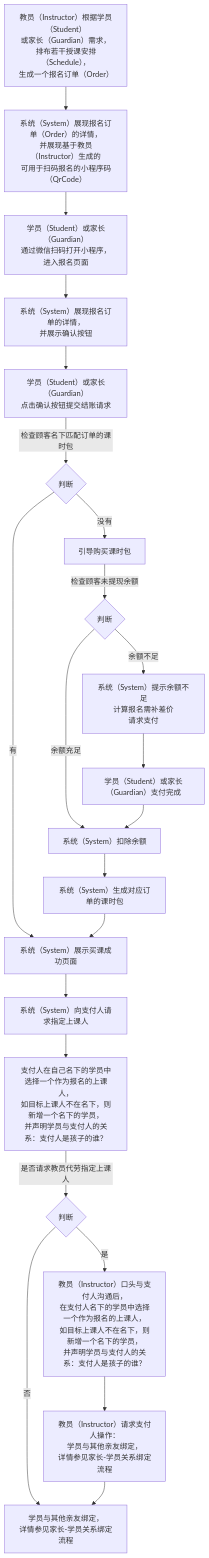
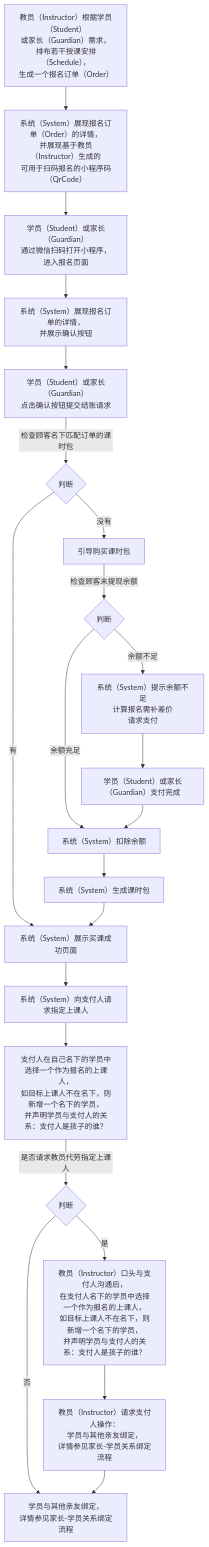
One commit to world-wide-web/sign changed the diagram in 用例/报名.md. Above: the diagram before and after it, drawn with Mermaid. The commit also changed other lines of this file, not shown here.

````diff
--- a/用例/报名.md
+++ b/用例/报名.md
@@ -7,61 +7,61 @@
 ```mermaid
 graph TD
 
 生成报名订单-->生成报名码
 生成报名码-->扫码报名
 扫码报名-->展现报名订单
 展现报名订单-->确认并提交结账请求
 确认并提交结账请求--检查顾客名下匹配订单的课时包-->检查顾客名下匹配订单的课时包
 检查顾客名下匹配订单的课时包--有-->提示买课成功
 检查顾客名下匹配订单的课时包--没有-->引导购买课时包
 引导购买课时包--检查顾客未提现余额-->检查顾客未提现余额
 检查顾客未提现余额--余额充足-->扣除余额
 检查顾客未提现余额--余额不足-->请求支付
 请求支付-->支付完成
 支付完成-->扣除余额
 扣除余额-->生成课时包
 生成课时包-->提示买课成功
 提示买课成功-->请求身份声明
 请求身份声明-->指定上课人
 指定上课人--是否请求教员代劳指定上课人-->是否请求教员代劳指定上课人
 是否请求教员代劳指定上课人--是-->教员代理身份声明
 是否请求教员代劳指定上课人--否-->学员与其他家长绑定
 教员代理身份声明-->请求绑定学员与其他家长
 请求绑定学员与其他家长-->学员与其他家长绑定
 
 生成报名订单["<center>教员（Instructor）根据学员（Student）<br>或家长（Guardian）需求，<br>排布若干授课安排（Schedule），<br>生成一个报名订单（Order）</center>"]
 
 生成报名码["<center>系统（System）展现报名订单（Order）的详情，<br>并展现基于教员（Instructor）生成的<br>可用于扫码报名的小程序码（QrCode）</center>"]
 
 扫码报名["<center>学员（Student）或家长（Guardian）<br>通过微信扫码打开小程序，进入报名页面</center>"]
 
 展现报名订单["<center>系统（System）展现报名订单的详情，<br>并展示确认按钮</center>"]
 
 确认并提交结账请求["<center>学员（Student）或家长（Guardian）<br>点击确认按钮提交结账请求</center>"]
 
 检查顾客名下匹配订单的课时包{判断}
 
 检查顾客未提现余额{判断}
 
 请求支付["<center>系统（System）提示余额不足<br>计算报名需补差价<br>请求支付</center>"]
 
 支付完成["<center>学员（Student）或家长（Guardian）支付完成</center>"]
 
 扣除余额["<center>系统（System）扣除余额</center>"]
 
-生成课时包["<center>系统（System）生成对应订单的课时包</center>"]
+生成课时包["<center>系统（System）生成课时包</center>"]
 
 提示买课成功["<center>系统（System）展示买课成功页面</center>"]
 
 请求身份声明["<center>系统（System）向支付人请求指定上课人</center>"]
 
 指定上课人["<center>支付人在自己名下的学员中选择一个作为报名的上课人，<br>如目标上课人不在名下，则新增一个名下的学员，<br>并声明学员与支付人的关系：支付人是孩子的谁？</center>"]
 
 是否请求教员代劳指定上课人{判断}
 
 教员代理身份声明["<center>教员（Instructor）口头与支付人沟通后，<br>在支付人名下的学员中选择一个作为报名的上课人，<br>如目标上课人不在名下，则新增一个名下的学员，<br>并声明学员与支付人的关系：支付人是孩子的谁？</center>"]
 
 请求绑定学员与其他家长["<center>教员（Instructor）请求支付人操作：<br>学员与其他亲友绑定，<br>详情参见家长-学员关系绑定流程</center>"]
 
 学员与其他家长绑定["<center>学员与其他亲友绑定，<br>详情参见家长-学员关系绑定流程</center>"]
 ```
````
